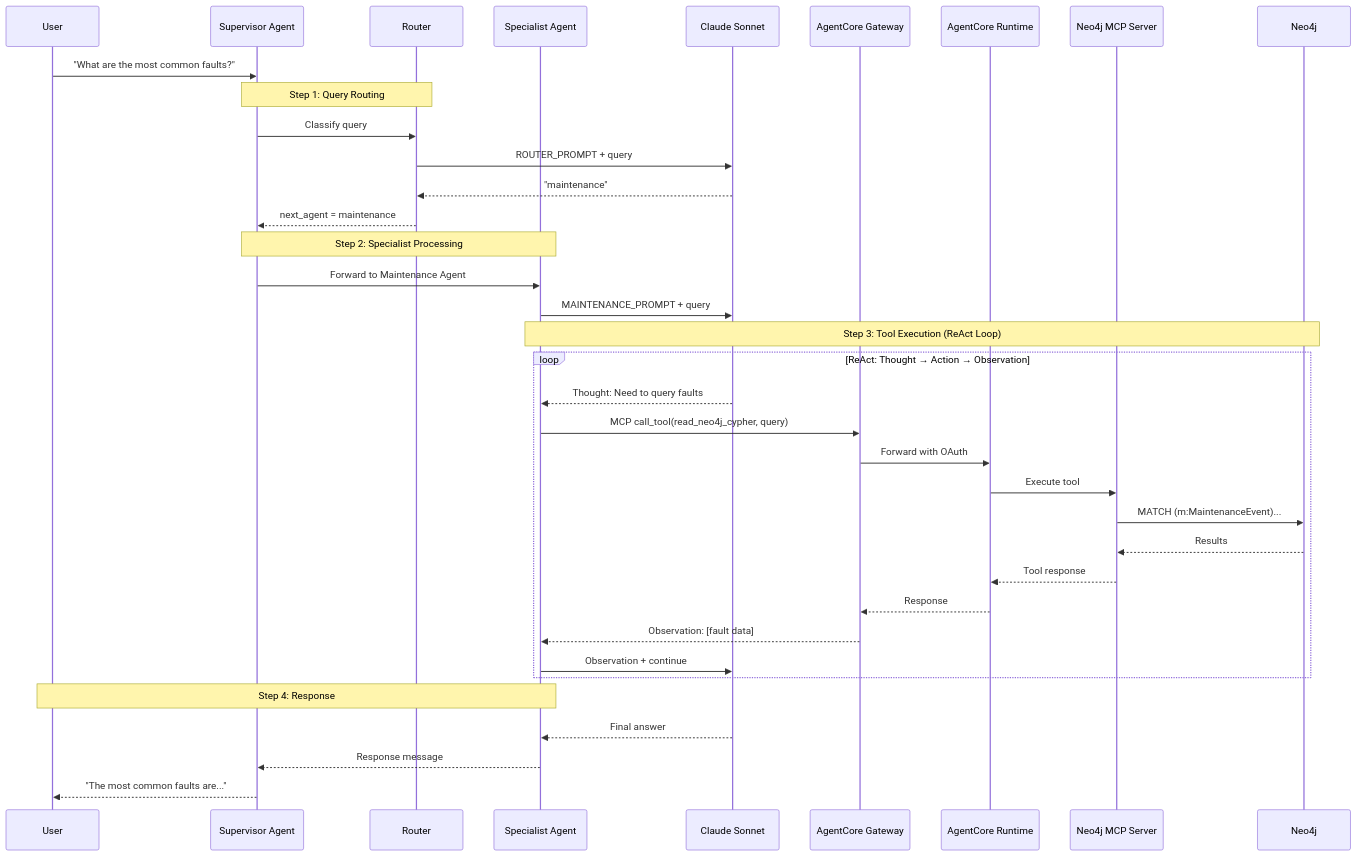
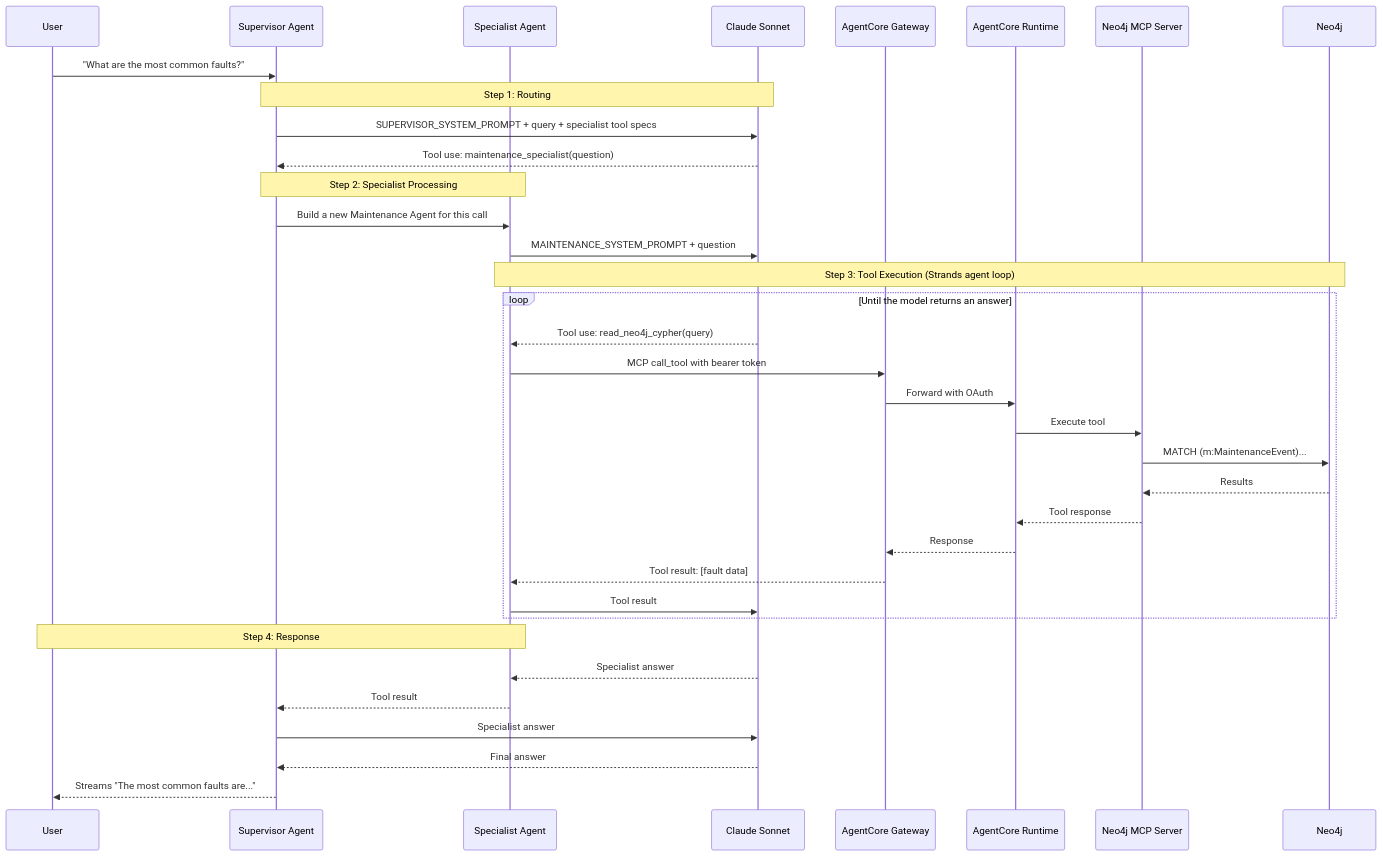
One commit to neo4j-partners/aws-starter changed the eighth of 8 diagrams in docs/ARCHITECTURE.md. Above: the diagram before and after it, drawn with Mermaid. The commit also changed other lines of this file and 4 other files, not shown here.

First line of the commit message:
Docs: describe the Strands supervisor and the current fleet setup

````diff
--- a/docs/ARCHITECTURE.md
+++ b/docs/ARCHITECTURE.md
@@ -559,43 +524,42 @@
 ```mermaid
 sequenceDiagram
     participant User
     participant Agent as Supervisor Agent
-    participant Router
     participant Worker as Specialist Agent
     participant LLM as Claude Sonnet
     participant Gateway as AgentCore Gateway
     participant Runtime as AgentCore Runtime
     participant MCP as Neo4j MCP Server
     participant Neo4j
 
     User->>Agent: "What are the most common faults?"
 
-    Note over Agent,Router: Step 1: Query Routing
-    Agent->>Router: Classify query
-    Router->>LLM: ROUTER_PROMPT + query
-    LLM-->>Router: "maintenance"
-    Router-->>Agent: next_agent = maintenance
+    Note over Agent,LLM: Step 1: Routing
+    Agent->>LLM: SUPERVISOR_SYSTEM_PROMPT + query + specialist tool specs
+    LLM-->>Agent: Tool use: maintenance_specialist(question)
 
     Note over Agent,Worker: Step 2: Specialist Processing
-    Agent->>Worker: Forward to Maintenance Agent
-    Worker->>LLM: MAINTENANCE_PROMPT + query
+    Agent->>Worker: Build a new Maintenance Agent for this call
+    Worker->>LLM: MAINTENANCE_SYSTEM_PROMPT + question
 
-    Note over Worker,Neo4j: Step 3: Tool Execution (ReAct Loop)
-    loop ReAct: Thought → Action → Observation
-        LLM-->>Worker: Thought: Need to query faults
-        Worker->>Gateway: MCP call_tool(read_neo4j_cypher, query)
+    Note over Worker,Neo4j: Step 3: Tool Execution (Strands agent loop)
+    loop Until the model returns an answer
+        LLM-->>Worker: Tool use: read_neo4j_cypher(query)
+        Worker->>Gateway: MCP call_tool with bearer token
         Gateway->>Runtime: Forward with OAuth
         Runtime->>MCP: Execute tool
         MCP->>Neo4j: MATCH (m:MaintenanceEvent)...
         Neo4j-->>MCP: Results
         MCP-->>Runtime: Tool response
         Runtime-->>Gateway: Response
-        Gateway-->>Worker: Observation: [fault data]
-        Worker->>LLM: Observation + continue
+        Gateway-->>Worker: Tool result: [fault data]
+        Worker->>LLM: Tool result
     end
 
     Note over Worker,User: Step 4: Response
-    LLM-->>Worker: Final answer
-    Worker-->>Agent: Response message
-    Agent-->>User: "The most common faults are..."
+    LLM-->>Worker: Specialist answer
+    Worker-->>Agent: Tool result
+    Agent->>LLM: Specialist answer
+    LLM-->>Agent: Final answer
+    Agent-->>User: Streams "The most common faults are..."
 ```
````
